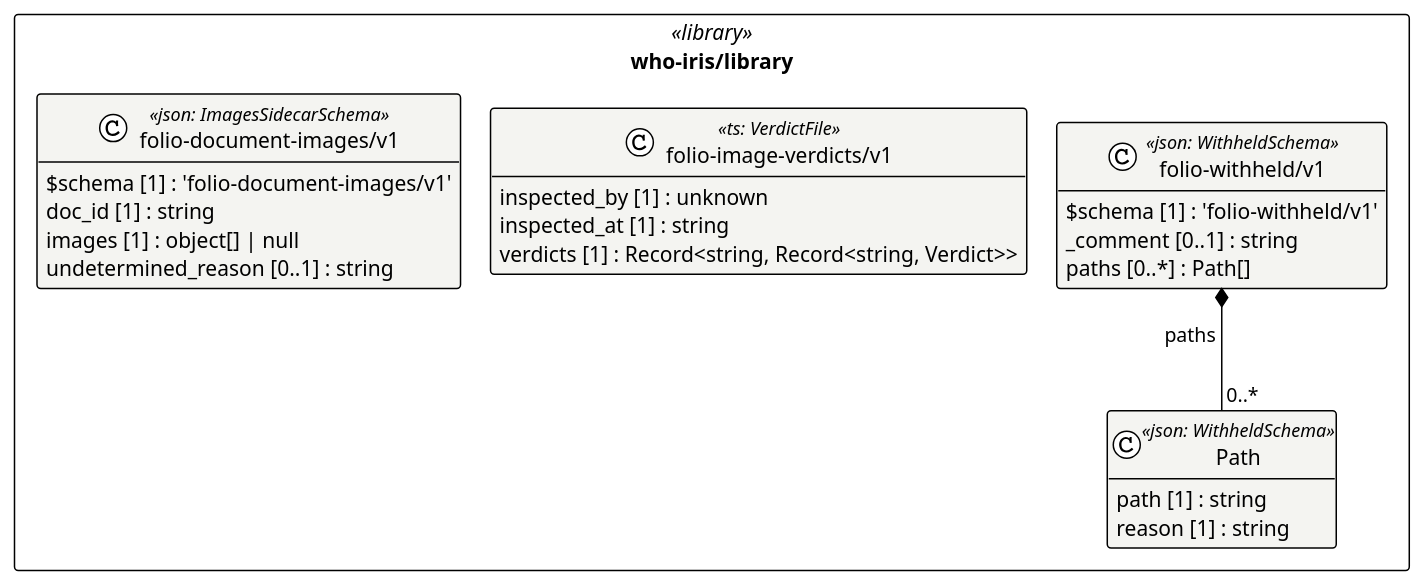
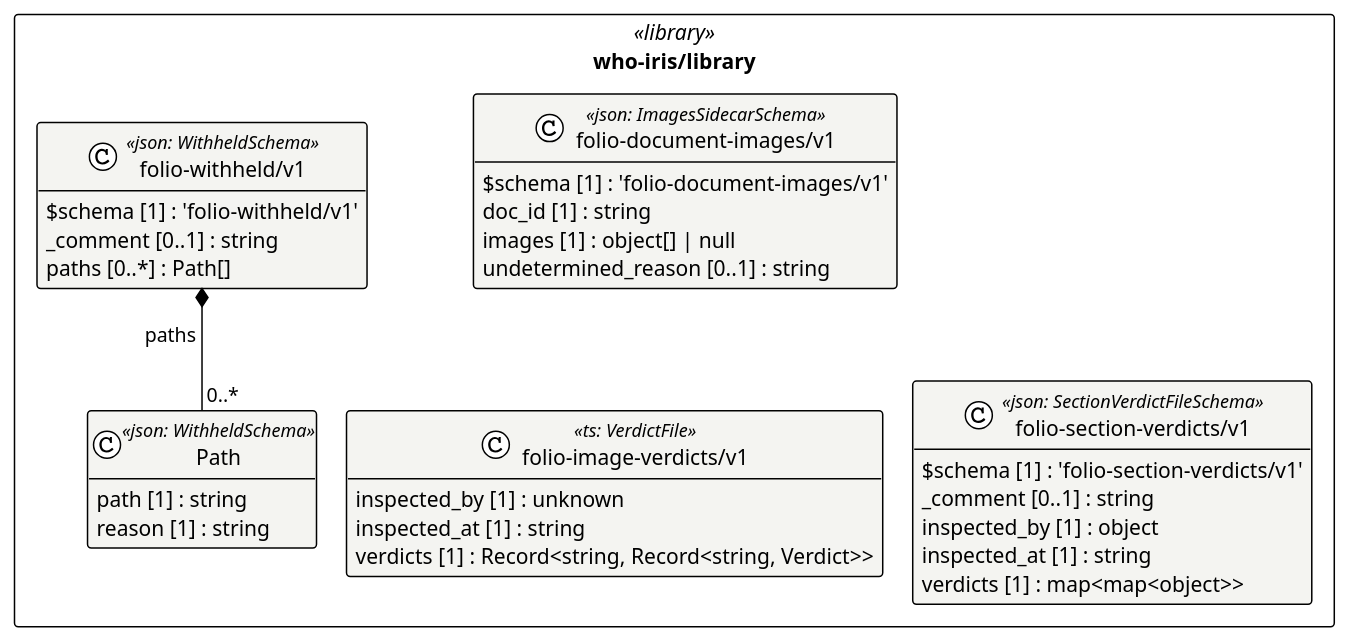
One commit to litlfred/folio-assistant changed the diagram in cat-harness/uml/overview/who-iris/library.puml. Above: the diagram before and after it, drawn with PlantUML. The commit also changed 47 other files, not shown here.

```diff
--- a/cat-harness/uml/overview/who-iris/library.puml
+++ b/cat-harness/uml/overview/who-iris/library.puml
@@ -3,33 +3,40 @@
 @startuml who_iris_library
 !pragma layout elk
 !theme plain
 skinparam classAttributeIconSize 0
 skinparam shadowing false
 skinparam packageStyle rectangle
 hide empty methods
 
 package "who-iris/library" as pkg_who_iris_library <<library>> {
   class "folio-document-images/v1" as who_iris_library_folio_document_images_v1_folio_document_images_v1 <<json: ImagesSidecarSchema>> #f4f4f1 {
     $schema [1] : 'folio-document-images/v1'
     doc_id [1] : string
     images [1] : object[] | null
     undetermined_reason [0..1] : string
   }
   class "folio-image-verdicts/v1" as who_iris_library_folio_image_verdicts_v1 <<ts: VerdictFile>> #f4f4f1 {
     inspected_by [1] : unknown
     inspected_at [1] : string
     verdicts [1] : Record<string, Record<string, Verdict>>
   }
+  class "folio-section-verdicts/v1" as who_iris_library_folio_section_verdicts_v1_folio_section_verdicts_v1 <<json: SectionVerdictFileSchema>> #f4f4f1 {
+    $schema [1] : 'folio-section-verdicts/v1'
+    _comment [0..1] : string
+    inspected_by [1] : object
+    inspected_at [1] : string
+    verdicts [1] : map<map<object>>
+  }
   class "Path" as who_iris_library_folio_withheld_v1_Path <<json: WithheldSchema>> #f4f4f1 {
     path [1] : string
     reason [1] : string
   }
   class "folio-withheld/v1" as who_iris_library_folio_withheld_v1_folio_withheld_v1 <<json: WithheldSchema>> #f4f4f1 {
     $schema [1] : 'folio-withheld/v1'
     _comment [0..1] : string
     paths [0..*] : Path[]
   }
 }
 
 who_iris_library_folio_withheld_v1_folio_withheld_v1 *-- "0..*" who_iris_library_folio_withheld_v1_Path : paths
 @enduml
```
